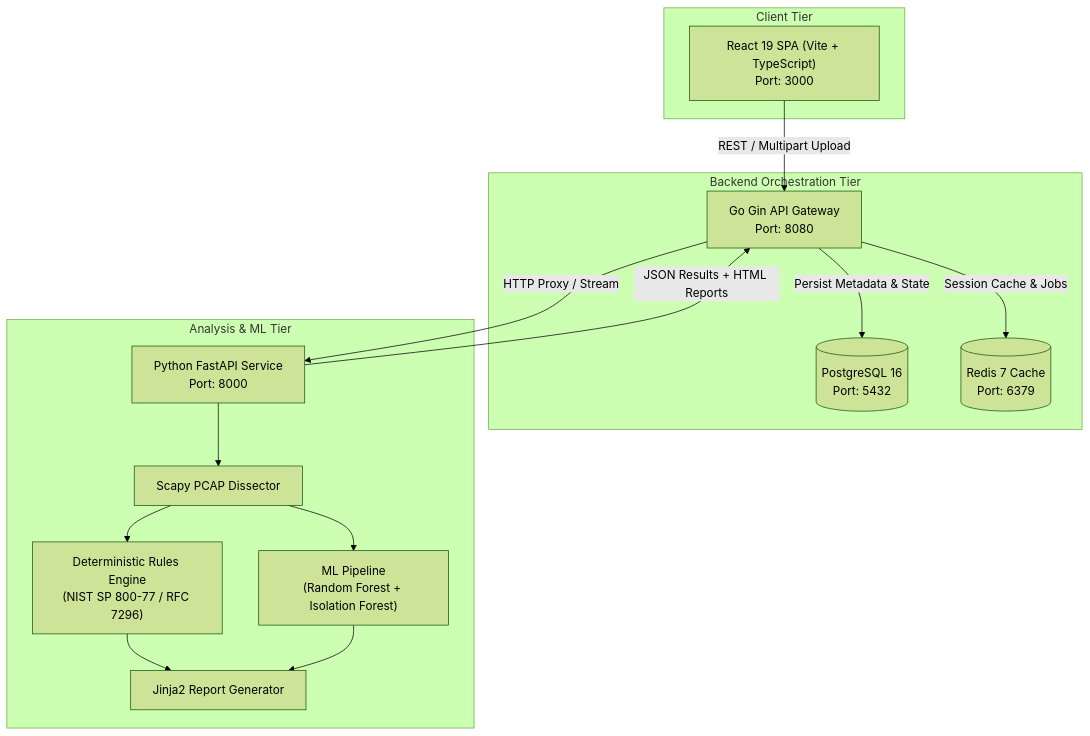
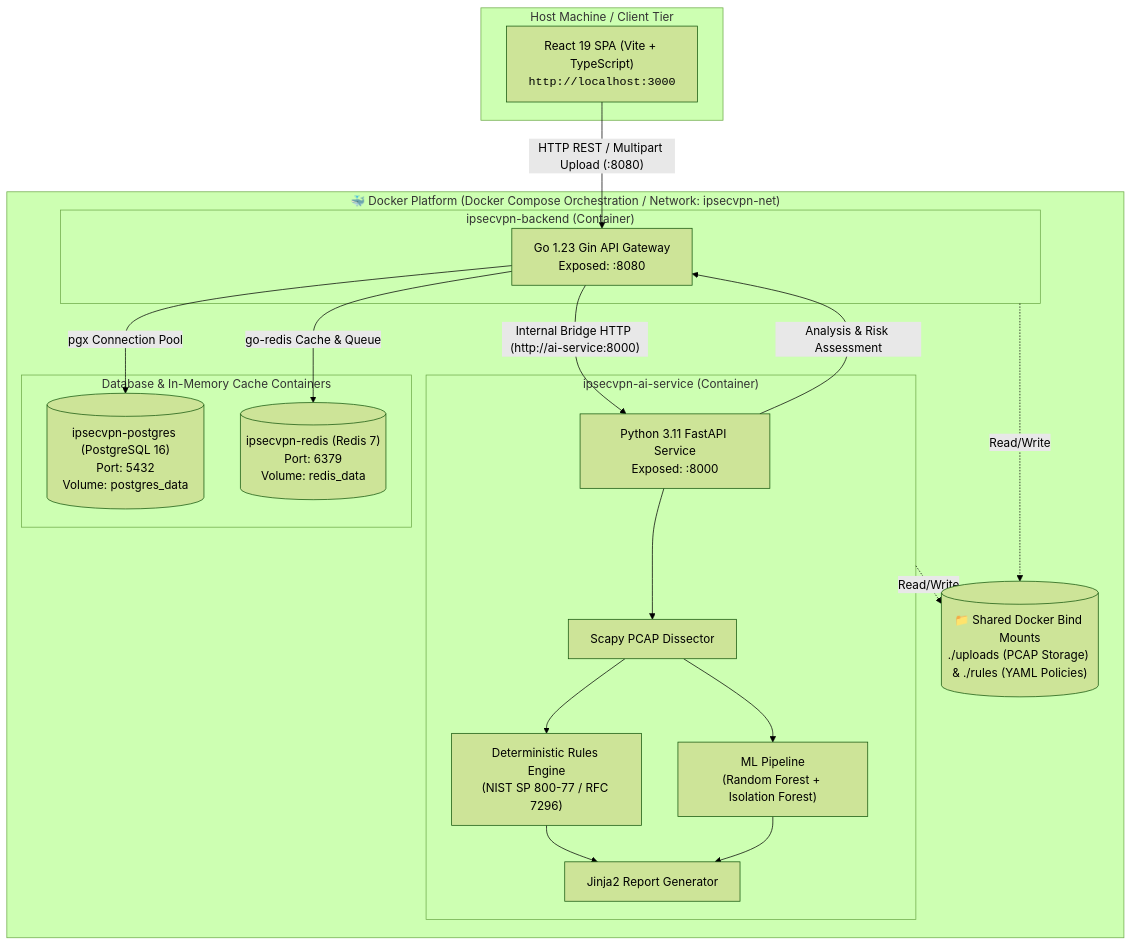
One commit to amshithnair/ipsec-vpn changed the diagram in README.md. Above: the diagram before and after it, drawn with Mermaid (forest theme). The commit also changed other lines of this file, not shown here.

Commit message:
docs: enhance architecture diagram with Docker Compose container orchestration and volume mounts

````diff
--- a/README.md
+++ b/README.md
@@ -60,30 +60,40 @@
 ```mermaid
 flowchart TB
-    subgraph Client["Client Tier"]
-        UI["React 19 SPA (Vite + TypeScript)<br/>Port: 3000"]
+    subgraph Host["Host Machine / Client Tier"]
+        UI["React 19 SPA (Vite + TypeScript)<br/><code>http://localhost:3000</code>"]
     end
 
-    subgraph BackendTier["Backend Orchestration Tier"]
-        API["Go Gin API Gateway<br/>Port: 8080"]
-        PG[("PostgreSQL 16<br/>Port: 5432")]
-        RD[("Redis 7 Cache<br/>Port: 6379")]
+    subgraph Docker["🐳 Docker Platform (Docker Compose Orchestration / Network: ipsecvpn-net)"]
+        subgraph BackendContainer["ipsecvpn-backend (Container)"]
+            API["Go 1.23 Gin API Gateway<br/>Exposed: :8080"]
+        end
+
+        subgraph AIContainer["ipsecvpn-ai-service (Container)"]
+            AI["Python 3.11 FastAPI Service<br/>Exposed: :8000"]
+            SCAP["Scapy PCAP Dissector"]
+            RE["Deterministic Rules Engine<br/>(NIST SP 800-77 / RFC 7296)"]
+            ML["ML Pipeline<br/>(Random Forest + Isolation Forest)"]
+            REP["Jinja2 Report Generator"]
+
+            AI --> SCAP
+            SCAP --> RE
+            SCAP --> ML
+            RE & ML --> REP
+        end
+
+        subgraph StorageContainers["Database & In-Memory Cache Containers"]
+            PG[("ipsecvpn-postgres (PostgreSQL 16)<br/>Port: 5432<br/>Volume: postgres_data")]
+            RD[("ipsecvpn-redis (Redis 7)<br/>Port: 6379<br/>Volume: redis_data")]
+        end
+
+        VOL[("📁 Shared Docker Bind Mounts<br/>./uploads (PCAP Storage) & ./rules (YAML Policies)")]
     end
 
-    subgraph EngineTier["Analysis & ML Tier"]
-        AI["Python FastAPI Service<br/>Port: 8000"]
-        SCAP["Scapy PCAP Dissector"]
-        RE["Deterministic Rules Engine<br/>(NIST SP 800-77 / RFC 7296)"]
-        ML["ML Pipeline<br/>(Random Forest + Isolation Forest)"]
-        REP["Jinja2 Report Generator"]
-    end
-
-    UI -->|REST / Multipart Upload| API
-    API -->|Persist Metadata & State| PG
-    API -->|Session Cache & Jobs| RD
-    API -->|HTTP Proxy / Stream| AI
-    AI --> SCAP
-    SCAP --> RE
-    SCAP --> ML
-    RE & ML --> REP
-    AI -->|JSON Results + HTML Reports| API
+    UI -->|"HTTP REST / Multipart Upload (:8080)"| API
+    API -->|"pgx Connection Pool"| PG
+    API -->|"go-redis Cache & Queue"| RD
+    API -->|"Internal Bridge HTTP (http://ai-service:8000)"| AI
+    AI -->|"Analysis & Risk Assessment"| API
+    BackendContainer -.->|"Read/Write"| VOL
+    AIContainer -.->|"Read/Write"| VOL
 ```
````
